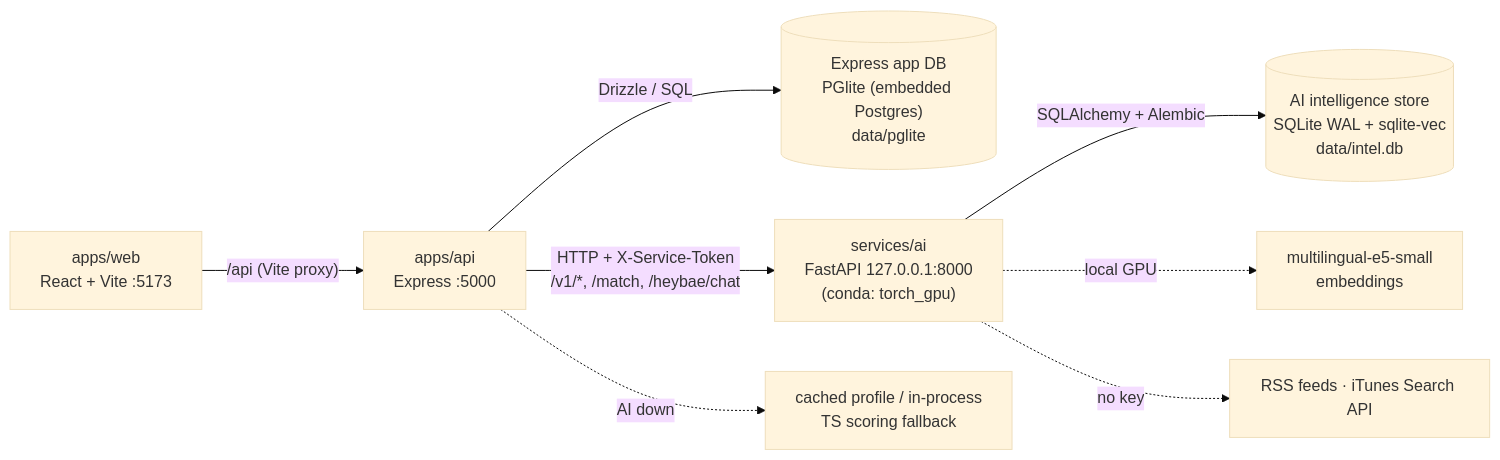
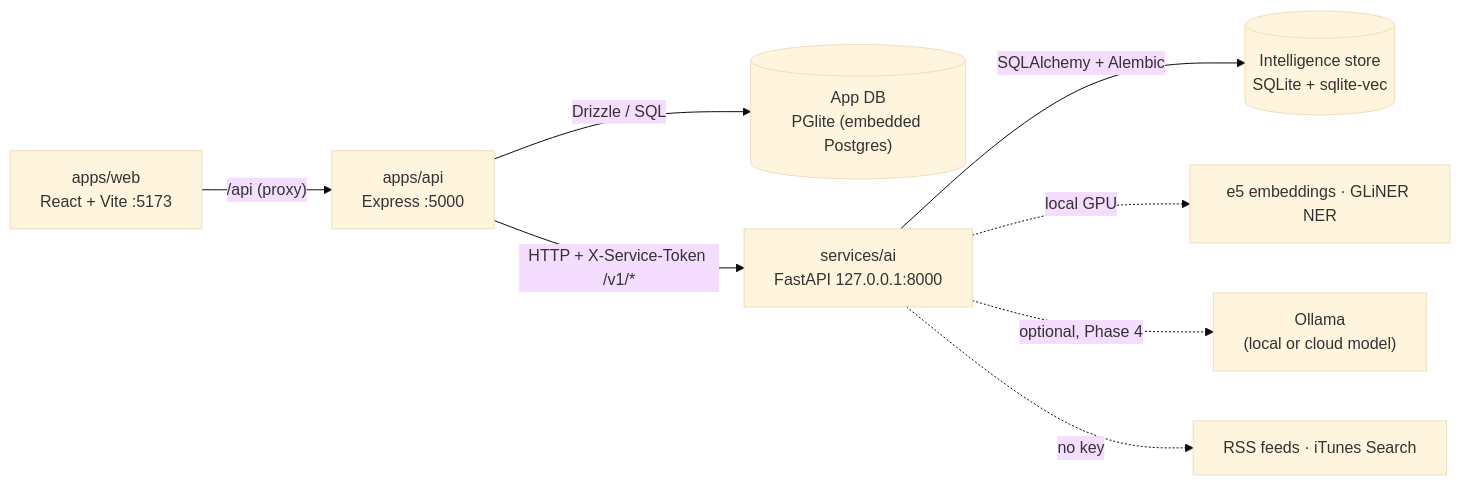
The diagram in README.md (navaneethakrishnanms/PODBAE_AI), drawn with Mermaid (base theme) before and after one commit. The commit also changed other lines of this file, not shown here.

````diff
--- a/README.md
+++ b/README.md
@@ -14,10 +125,10 @@
 ```mermaid
 flowchart LR
-  Web["apps/web<br/>React + Vite :5173"] -- "/api (Vite proxy)" --> API["apps/api<br/>Express :5000"]
-  API -- "Drizzle / SQL" --> DB[("Express app DB<br/>PGlite (embedded Postgres)<br/>data/pglite")]
-  API -- "HTTP + X-Service-Token<br/>/v1/*, /match, /heybae/chat" --> AI["services/ai<br/>FastAPI 127.0.0.1:8000<br/>(conda: torch_gpu)"]
-  AI -- "SQLAlchemy + Alembic" --> IS[("AI intelligence store<br/>SQLite WAL + sqlite-vec<br/>data/intel.db")]
-  AI -. "local GPU" .-> E5["multilingual-e5-small<br/>embeddings"]
-  AI -. "no key" .-> SRC["RSS feeds · iTunes Search API"]
-  API -. "AI down" .-> FB["cached profile / in-process<br/>TS scoring fallback"]
+  Web["apps/web<br/>React + Vite :5173"] -- "/api (proxy)" --> API["apps/api<br/>Express :5000"]
+  API -- "Drizzle / SQL" --> DB[("App DB<br/>PGlite (embedded Postgres)")]
+  API -- "HTTP + X-Service-Token /v1/*" --> AI["services/ai<br/>FastAPI 127.0.0.1:8000"]
+  AI -- "SQLAlchemy + Alembic" --> IS[("Intelligence store<br/>SQLite + sqlite-vec")]
+  AI -. "local GPU" .-> M["e5 embeddings · GLiNER NER"]
+  AI -. "optional, Phase 4" .-> LLM["Ollama<br/>(local or cloud model)"]
+  AI -. "no key" .-> SRC["RSS feeds · iTunes Search"]
 ```
````
